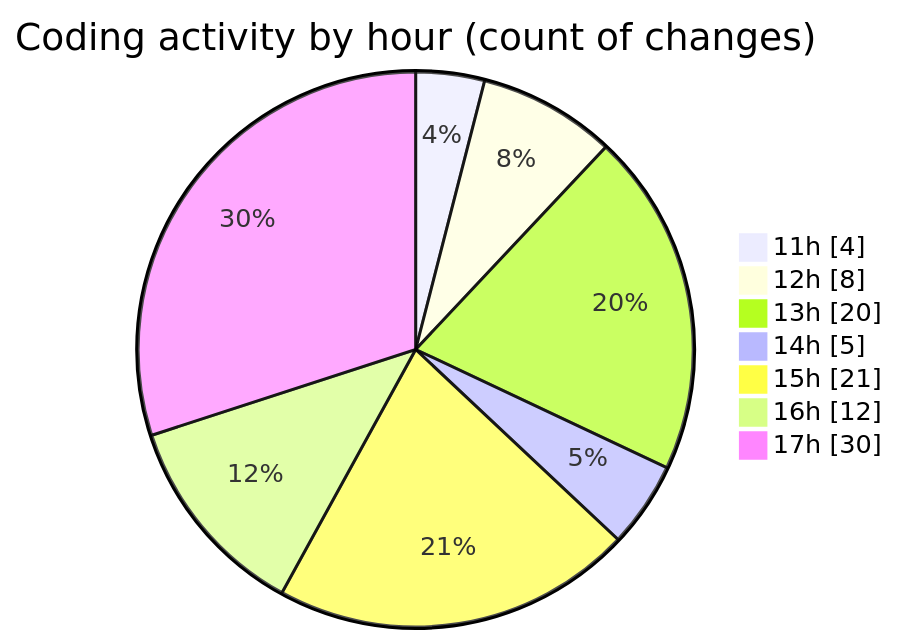
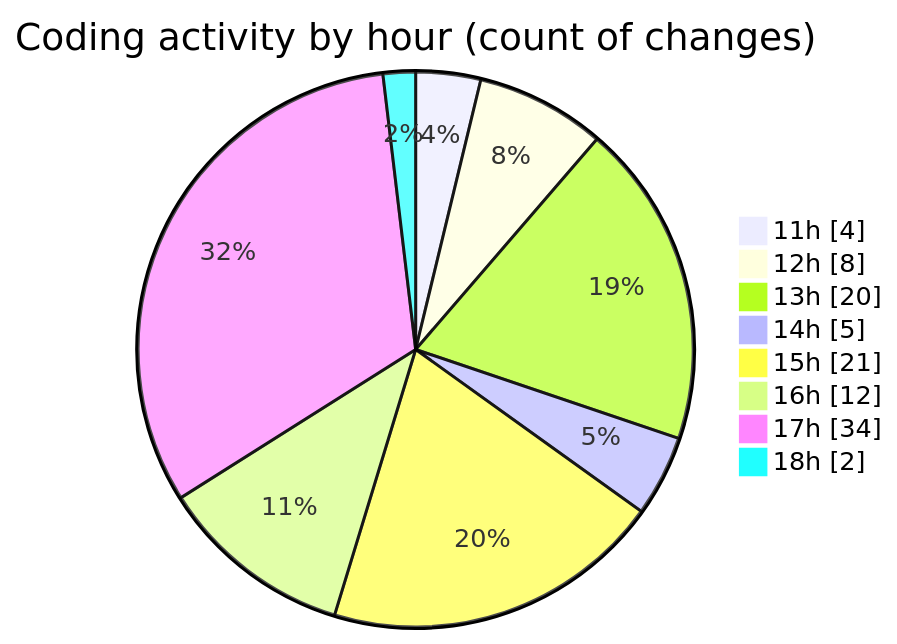
One commit to momahboobian/code-tracking changed the second of 2 diagrams in 2025-08-07/cda/README.md. Above: the diagram before and after it, drawn with Mermaid. The commit also changed other lines of this file and 1 other file, not shown here.

````diff
--- a/2025-08-07/cda/README.md
+++ b/2025-08-07/cda/README.md
@@ -31,11 +31,12 @@
 ```mermaid
 pie showData
 title Coding activity by hour (count of changes)
 "11h" : 4
 "12h" : 8
 "13h" : 20
 "14h" : 5
 "15h" : 21
 "16h" : 12
-"17h" : 30
+"17h" : 34
+"18h" : 2
 ```
````
